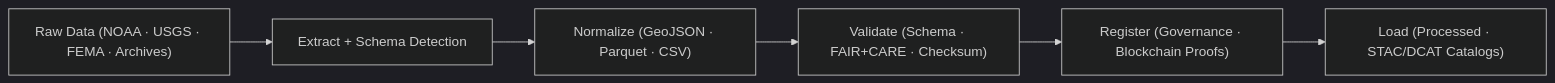
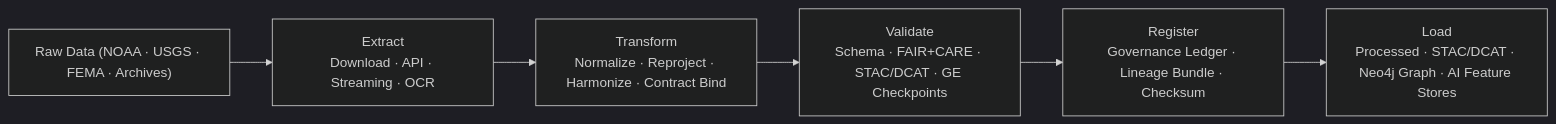
Before and after one commit to bartytime4life/Kansas-Frontier-Matrix: the diagram in src/pipelines/etl/README.md, drawn with Mermaid (dark theme). The commit also changed other lines of this file, not shown here.

````diff
--- a/src/pipelines/etl/README.md
+++ b/src/pipelines/etl/README.md
@@ -70,8 +121,9 @@
 ```mermaid
 flowchart LR
-    A["Raw Data (NOAA · USGS · FEMA · Archives)"] --> B["Extract + Schema Detection"]
-    B --> C["Normalize (GeoJSON · Parquet · CSV)"]
-    C --> D["Validate (Schema · FAIR+CARE · Checksum)"]
-    D --> E["Register (Governance · Blockchain Proofs)"]
-    E --> F["Load (Processed · STAC/DCAT Catalogs)"]
+    A["Raw Data (NOAA · USGS · FEMA · Archives)"] 
+        --> B["Extract<br/>Download · API · Streaming · OCR"]
+    B --> C["Transform<br/>Normalize · Reproject · Harmonize · Contract Bind"]
+    C --> D["Validate<br/>Schema · FAIR+CARE · STAC/DCAT · GE Checkpoints"]
+    D --> E["Register<br/>Governance Ledger · Lineage Bundle · Checksum"]
+    E --> F["Load<br/>Processed · STAC/DCAT · Neo4j Graph · AI Feature Stores"]
 ```
````
